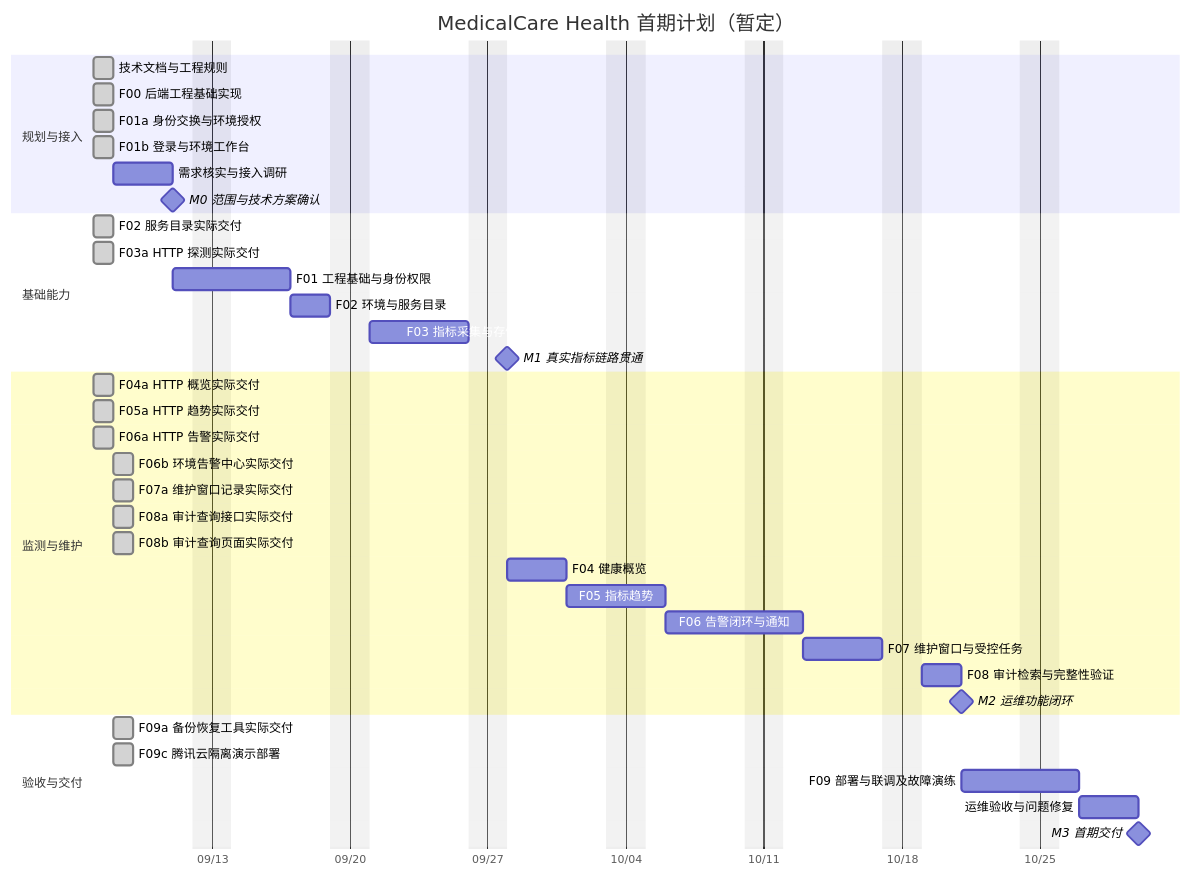
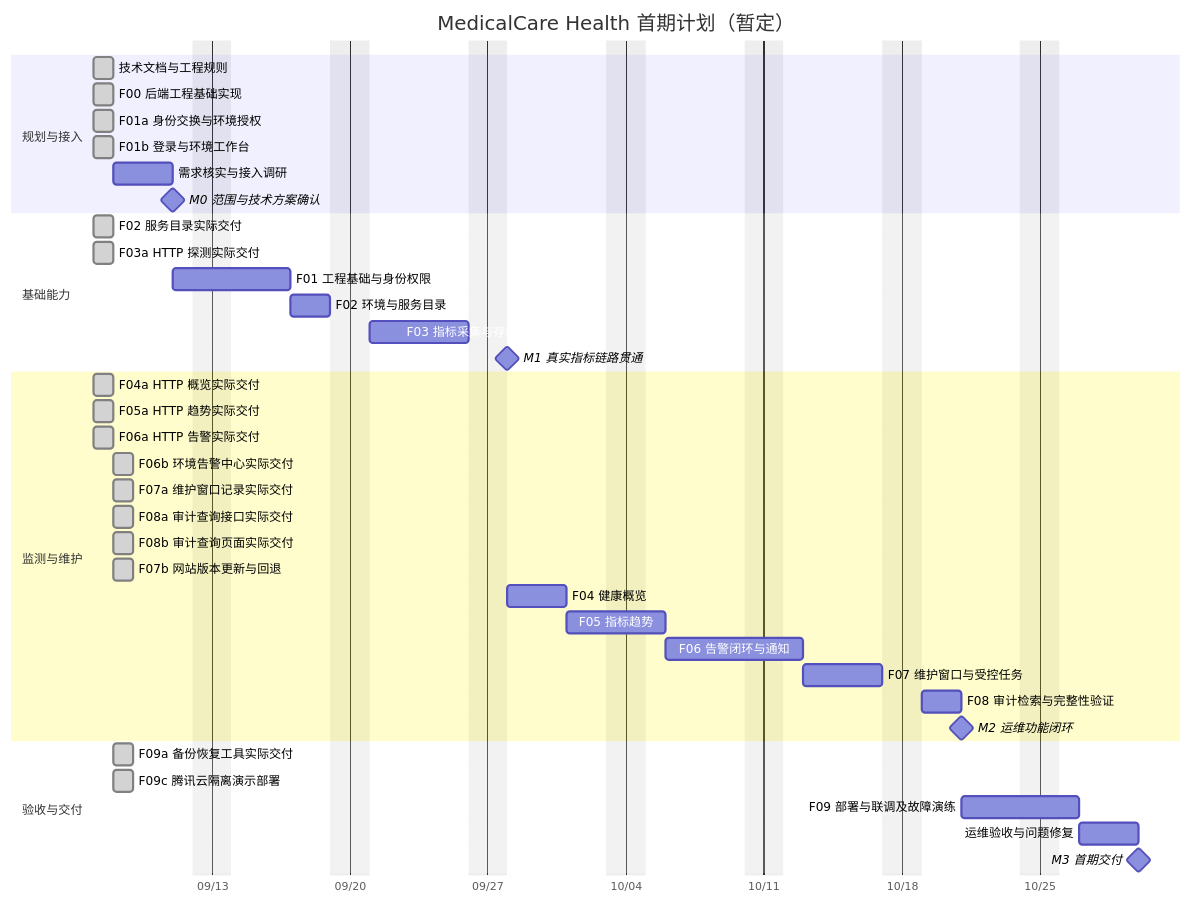
The diagram in docs/project-plan.md (lafie-s/MedicalCare_Health), drawn with Mermaid before and after one commit. The commit also changed other lines of this file and 26 other files, not shown here.

````diff
--- a/docs/project-plan.md
+++ b/docs/project-plan.md
@@ -13,41 +13,42 @@
 ```mermaid
 gantt
     title MedicalCare Health 首期计划（暂定）
     dateFormat YYYY-MM-DD
     axisFormat %m/%d
     excludes weekends
     section 规划与接入
     技术文档与工程规则              :done, docs, 2026-09-07, 1d
     F00 后端工程基础实现           :done, f00, 2026-09-07, 1d
     F01a 身份交换与环境授权        :done, f01a, 2026-09-07, 1d
     F01b 登录与环境工作台          :done, f01b, 2026-09-07, 1d
     需求核实与接入调研              :a0, 2026-09-08, 3d
     M0 范围与技术方案确认           :milestone, m0, after a0, 0d
     section 基础能力
     F02 服务目录实际交付           :done, f02actual, 2026-09-07, 1d
     F03a HTTP 探测实际交付         :done, f03actual, 2026-09-07, 1d
     F01 工程基础与身份权限          :a1, after m0, 4d
     F02 环境与服务目录              :a2, after a1, 2d
     F03 指标采集与存储接入          :a3, after a2, 5d
     M1 真实指标链路贯通             :milestone, m1, after a3, 0d
     section 监测与维护
     F04a HTTP 概览实际交付         :done, f04actual, 2026-09-07, 1d
     F05a HTTP 趋势实际交付         :done, f05actual, 2026-09-07, 1d
     F06a HTTP 告警实际交付         :done, f06actual, 2026-09-07, 1d
     F06b 环境告警中心实际交付     :done, f06bactual, 2026-09-08, 1d
     F07a 维护窗口记录实际交付     :done, f07aactual, 2026-09-08, 1d
     F08a 审计查询接口实际交付     :done, f08aactual, 2026-09-08, 1d
     F08b 审计查询页面实际交付     :done, f08bactual, 2026-09-08, 1d
+    F07b 网站版本更新与回退       :done, f07bactual, 2026-09-08, 1d
     F04 健康概览                   :a4, after m1, 3d
     F05 指标趋势                   :a5, after a4, 3d
     F06 告警闭环与通知              :a6, after a5, 5d
     F07 维护窗口与受控任务          :a7, after a6, 4d
     F08 审计检索与完整性验证        :a8, after a7, 2d
     M2 运维功能闭环                :milestone, m2, after a8, 0d
     section 验收与交付
     F09a 备份恢复工具实际交付     :done, f09aactual, 2026-09-08, 1d
     F09c 腾讯云隔离演示部署       :done, f09cactual, 2026-09-08, 1d
     F09 部署与联调及故障演练        :a9, after m2, 4d
     运维验收与问题修复              :a10, after a9, 3d
     M3 首期交付                    :milestone, m3, after a10, 0d
 ```
````
